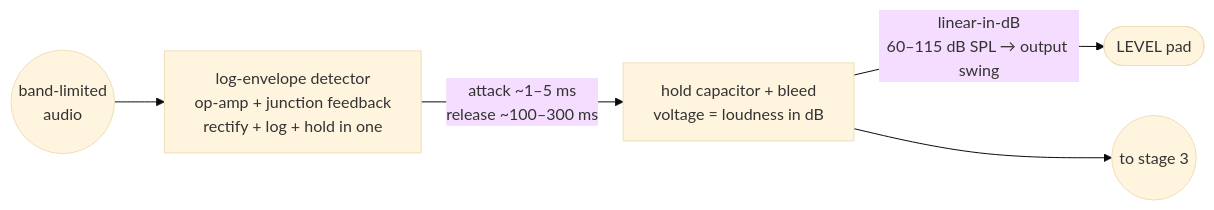
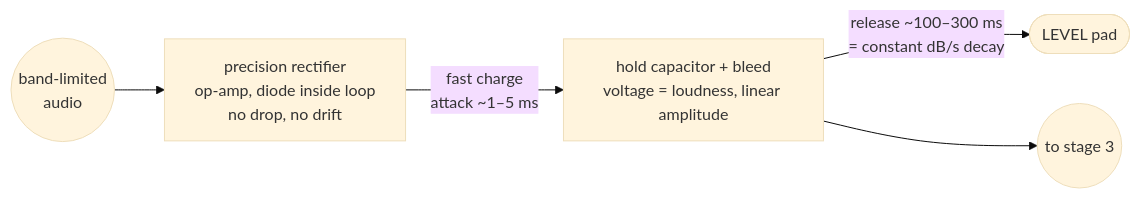
The fourth of 6 diagrams in README.md (zackees/soundwake), drawn with Mermaid (base theme) before and after one commit. The commit also changed other lines of this file, not shown here.

Commit message:
docs: revise stage 2 to linear envelope with firmware dB conversion (#9)

````diff
--- a/README.md
+++ b/README.md
@@ -127,7 +125,7 @@
 ```mermaid
 flowchart LR
-    S2IN(("band-limited<br/>audio")) --> LE["log-envelope detector<br/>op-amp + junction feedback<br/>rectify + log + hold in one"]
-    LE -->|"attack ~1–5 ms<br/>release ~100–300 ms"| HOLD["hold capacitor + bleed<br/>voltage = loudness in dB"]
-    HOLD -->|"linear-in-dB<br/>60–115 dB SPL → output swing"| LVPAD(["LEVEL pad"])
+    S2IN(("band-limited<br/>audio")) --> PR["precision rectifier<br/>op-amp, diode inside loop<br/>no drop, no drift"]
+    PR -->|"fast charge<br/>attack ~1–5 ms"| HOLD["hold capacitor + bleed<br/>voltage = loudness, linear amplitude"]
+    HOLD -->|"release ~100–300 ms<br/>= constant dB/s decay"| LVPAD(["LEVEL pad"])
     HOLD --> S2OUT(("to stage 3"))
 ```
````
